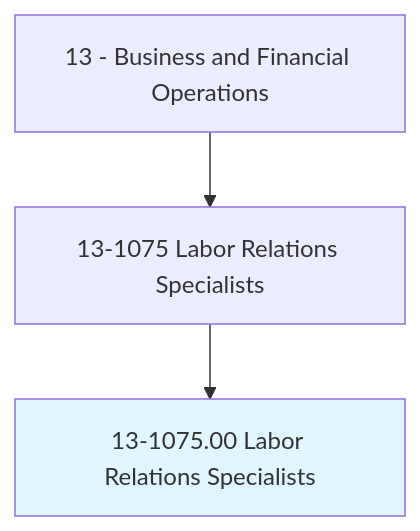
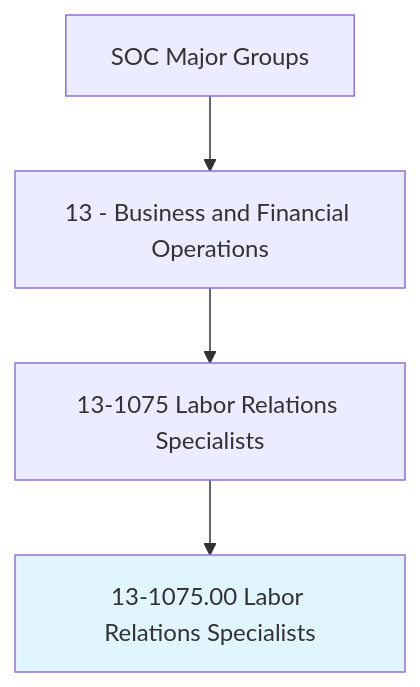
The first of 4 diagrams in occupations/Business/LaborRelationsSpecialists.mdx (kziemski/business.org.ai), drawn with Mermaid before and after one commit. The commit also changed other lines of this file and 938 other files, not shown here.

````diff
--- a/occupations/Business/LaborRelationsSpecialists.mdx
+++ b/occupations/Business/LaborRelationsSpecialists.mdx
@@ -19,6 +25,7 @@
 ```mermaid
 graph TD
-    Cat13["13 - Business and Financial Operations"] --> Group131075["13-1075 Labor Relations Specialists"]
-    Group131075 --> Current["13-1075.00 Labor Relations Specialists"]
+    SOC["SOC Major Groups"] --> Cat13["13 - Business and Financial Operations"]
+    Cat13 --> G131075["13-1075 Labor Relations Specialists"]
+    G131075 --> Current["13-1075.00 Labor Relations Specialists"]
     style Current fill:#e1f5fe
 ```
````
